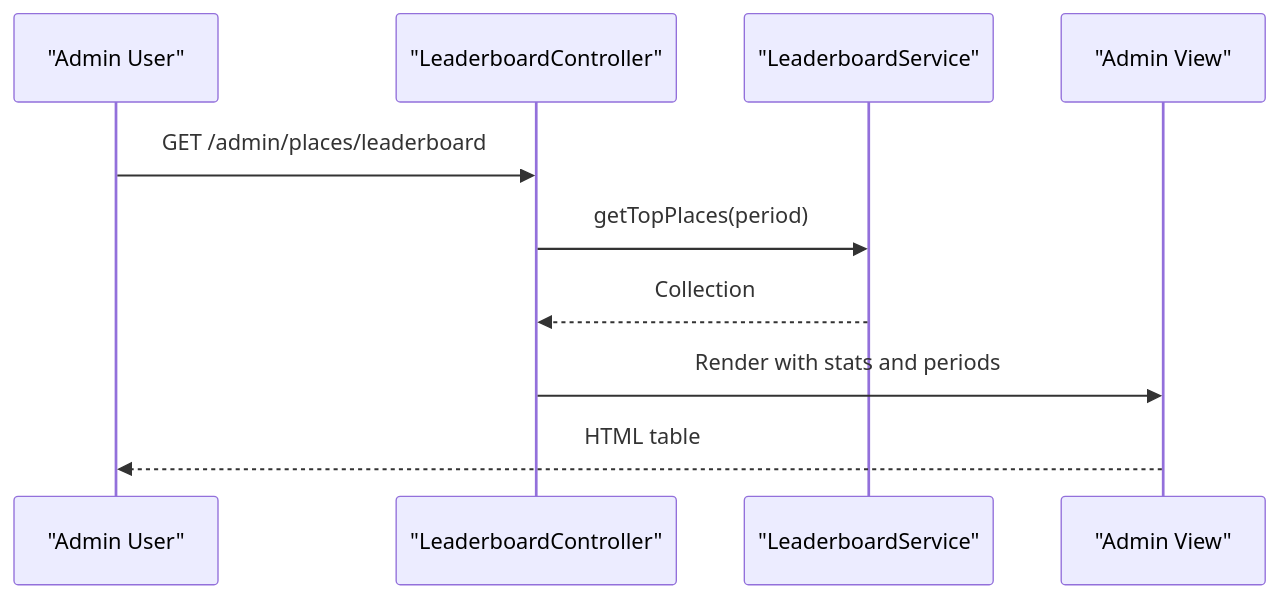
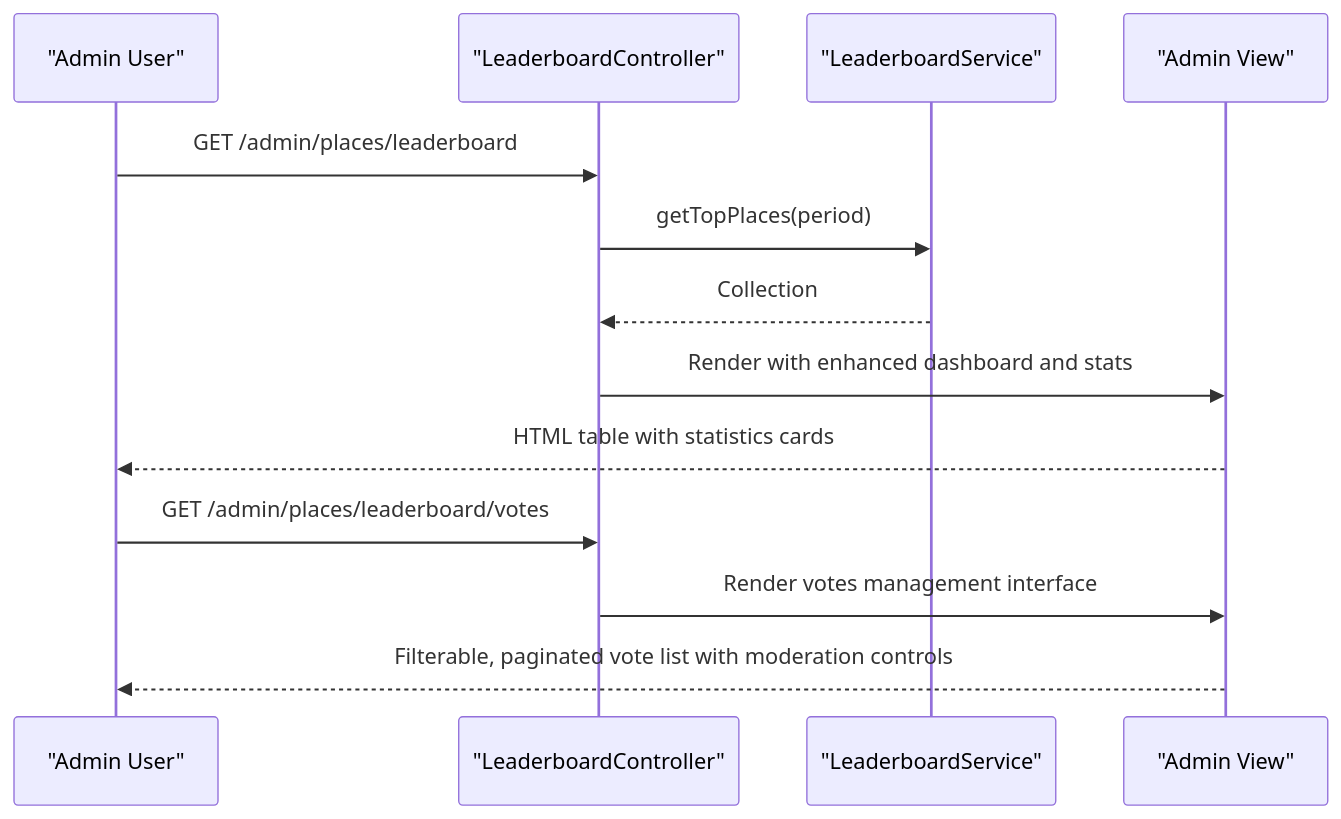
One commit to Hamdies/waddy_back changed the sixth of 7 diagrams in .qoder/repowiki/en/content/Business Modules/PlacesToVisit Module/Leaderboard and Ranking System.md. Above: the diagram before and after it, drawn with Mermaid. The commit also changed other lines of this file and 4 other files, not shown here.

````diff
--- a/.qoder/repowiki/en/content/Business Modules/PlacesToVisit Module/Leaderboard and Ranking System.md
+++ b/.qoder/repowiki/en/content/Business Modules/PlacesToVisit Module/Leaderboard and Ranking System.md
@@ -269,12 +289,15 @@
 ```mermaid
 sequenceDiagram
 participant Admin as "Admin User"
 participant AC as "LeaderboardController"
 participant LS as "LeaderboardService"
 participant View as "Admin View"
 Admin->>AC : GET /admin/places/leaderboard
 AC->>LS : getTopPlaces(period)
 LS-->>AC : Collection
-AC->>View : Render with stats and periods
-View-->>Admin : HTML table
+AC->>View : Render with enhanced dashboard and stats
+View-->>Admin : HTML table with statistics cards
+Admin->>AC : GET /admin/places/leaderboard/votes
+AC->>View : Render votes management interface
+View-->>Admin : Filterable, paginated vote list with moderation controls
 ```
````
